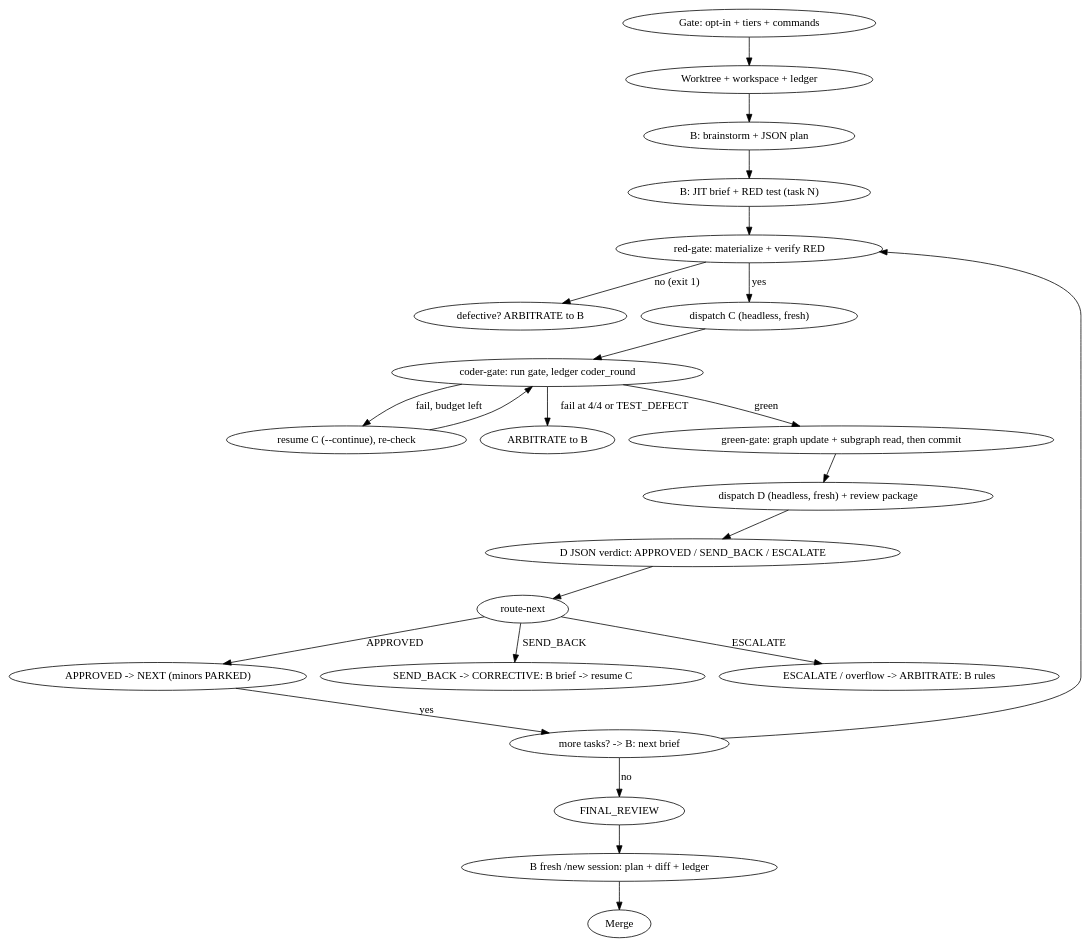
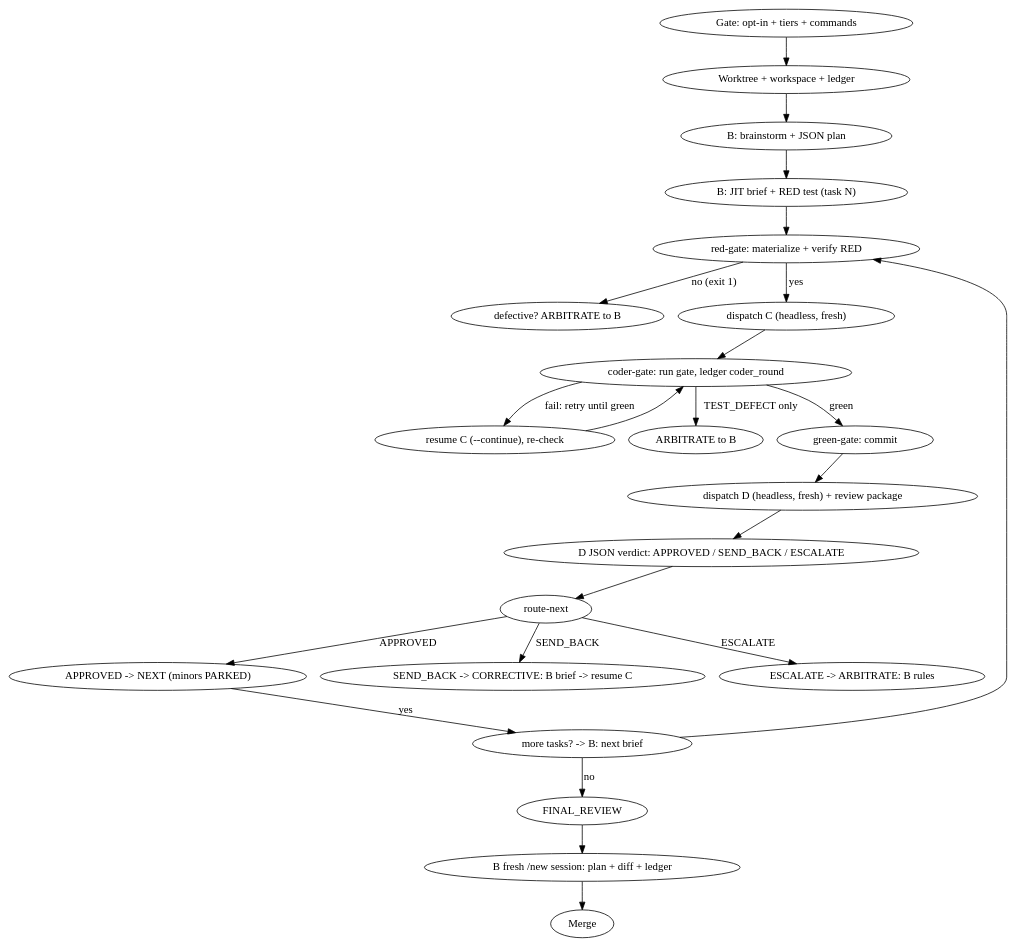
Before and after one commit to CarlosMonteiroNeto/superpowers-two-model-pipeline: the diagram in skills/two-model-sdd-pipeline/SKILL.md, drawn with Graphviz. The commit also changed other lines of this file and 37 other files, not shown here.

First line of the commit message:
feat(pipeline): drop knowledge graph, unbounded coder retries

````diff
--- a/skills/two-model-sdd-pipeline/SKILL.md
+++ b/skills/two-model-sdd-pipeline/SKILL.md
@@ -278,27 +270,27 @@
 ```dot
 digraph pipeline {
     rankdir=TB;
     "Gate: opt-in + tiers + commands" -> "Worktree + workspace + ledger";
     "Worktree + workspace + ledger" -> "B: brainstorm + JSON plan";
     "B: brainstorm + JSON plan" -> "B: JIT brief + RED test (task N)";
     "B: JIT brief + RED test (task N)" -> "red-gate: materialize + verify RED";
     "red-gate: materialize + verify RED" -> "defective? ARBITRATE to B" [label="no (exit 1)"];
     "red-gate: materialize + verify RED" -> "dispatch C (headless, fresh)" [label="yes"];
     "dispatch C (headless, fresh)" -> "coder-gate: run gate, ledger coder_round";
-    "coder-gate: run gate, ledger coder_round" -> "resume C (--continue), re-check" [label="fail, budget left"];
+    "coder-gate: run gate, ledger coder_round" -> "resume C (--continue), re-check" [label="fail: retry until green"];
     "resume C (--continue), re-check" -> "coder-gate: run gate, ledger coder_round";
-    "coder-gate: run gate, ledger coder_round" -> "ARBITRATE to B" [label="fail at 4/4 or TEST_DEFECT"];
-    "coder-gate: run gate, ledger coder_round" -> "green-gate: graph update + subgraph read, then commit" [label="green"];
-    "green-gate: graph update + subgraph read, then commit" -> "dispatch D (headless, fresh) + review package";
+    "coder-gate: run gate, ledger coder_round" -> "ARBITRATE to B" [label="TEST_DEFECT only"];
+    "coder-gate: run gate, ledger coder_round" -> "green-gate: commit" [label="green"];
+    "green-gate: commit" -> "dispatch D (headless, fresh) + review package";
     "dispatch D (headless, fresh) + review package" -> "D JSON verdict: APPROVED / SEND_BACK / ESCALATE";
     "D JSON verdict: APPROVED / SEND_BACK / ESCALATE" -> "route-next";
     "route-next" -> "APPROVED -> NEXT (minors PARKED)" [label="APPROVED"];
     "route-next" -> "SEND_BACK -> CORRECTIVE: B brief -> resume C" [label="SEND_BACK"];
-    "route-next" -> "ESCALATE / overflow -> ARBITRATE: B rules" [label="ESCALATE"];
+    "route-next" -> "ESCALATE -> ARBITRATE: B rules" [label="ESCALATE"];
     "APPROVED -> NEXT (minors PARKED)" -> "more tasks? -> B: next brief" [label="yes"];
     "more tasks? -> B: next brief" -> "red-gate: materialize + verify RED";
     "more tasks? -> B: next brief" -> "FINAL_REVIEW" [label="no"];
     "FINAL_REVIEW" -> "B fresh /new session: plan + diff + ledger";
     "B fresh /new session: plan + diff + ledger" -> "Merge";
 }
 ```
````
